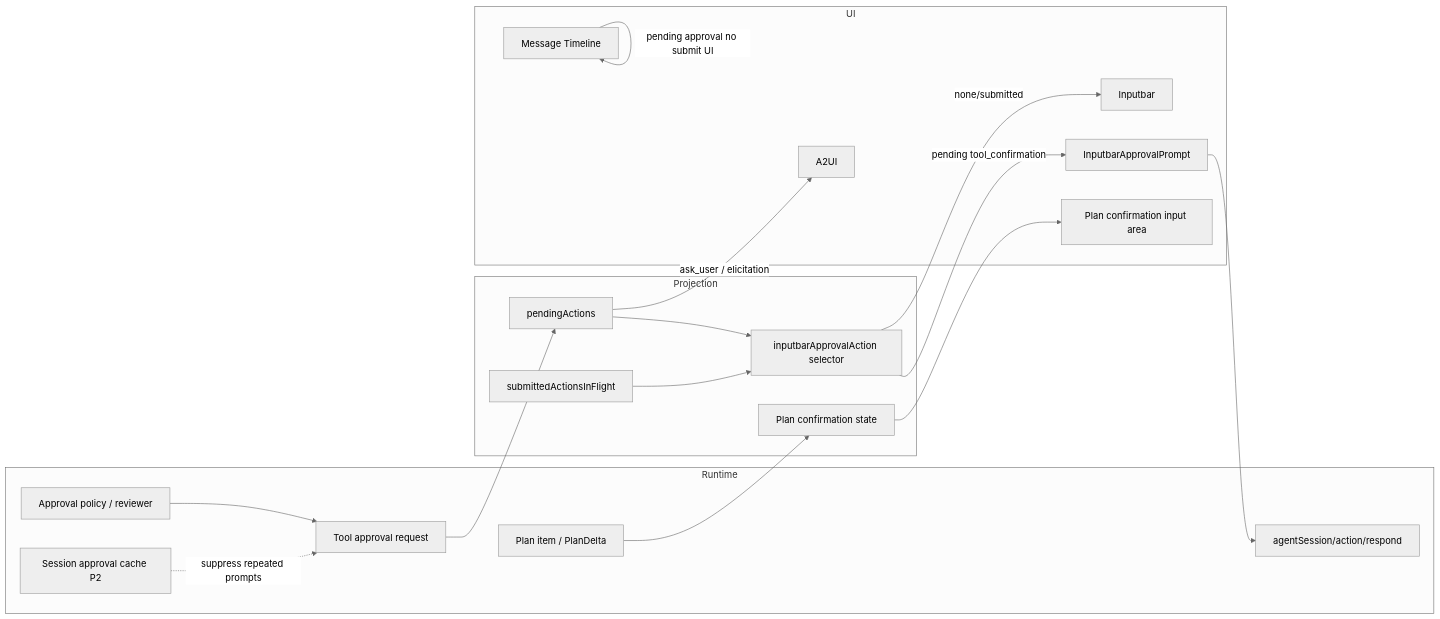
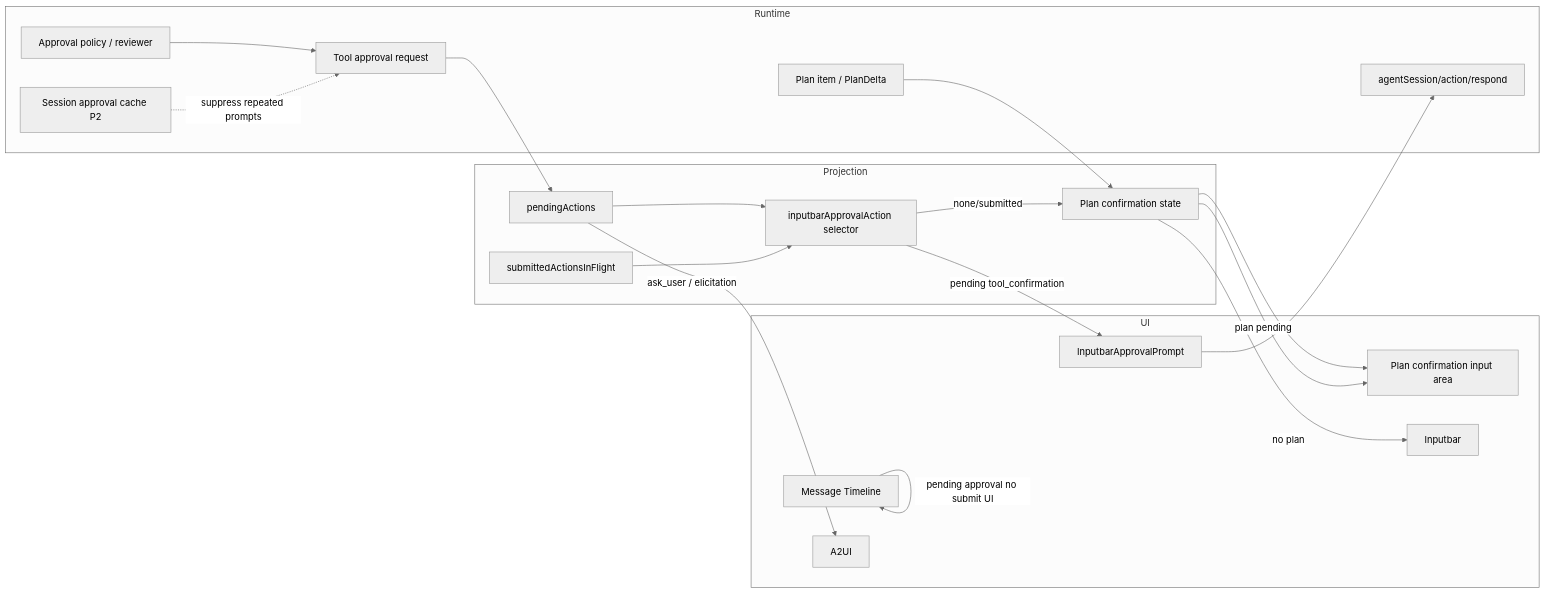
The third of 3 diagrams in internal/roadmap/approval/prd.md (jiujuan/lime), drawn with Mermaid (neutral theme) before and after one commit. The commit also changed other lines of this file and 832 other files, not shown here.

````diff
--- a/internal/roadmap/approval/prd.md
+++ b/internal/roadmap/approval/prd.md
@@ -199,38 +205,40 @@
 ```mermaid
 flowchart LR
   subgraph Runtime
     A[Plan item / PlanDelta]
     B[Tool approval request]
     C[Approval policy / reviewer]
     D[Session approval cache P2]
     E[agentSession/action/respond]
   end
 
   subgraph Projection
     F[pendingActions]
     G[submittedActionsInFlight]
     H[inputbarApprovalAction selector]
     I[Plan confirmation state]
   end
 
   subgraph UI
     J[InputbarApprovalPrompt]
     K[Plan confirmation input area]
     L[Inputbar]
     M[Message Timeline]
     N[A2UI]
   end
 
   A --> I
   I --> K
   B --> F
   C --> B
   D -. suppress repeated prompts .-> B
   F --> H
   G --> H
   H -- pending tool_confirmation --> J
-  H -- none/submitted --> L
+  H -- none/submitted --> I
+  I -- plan pending --> K
+  I -- no plan --> L
   J --> E
   M -- pending approval no submit UI --> M
   F -- ask_user / elicitation --> N
 ```
````
